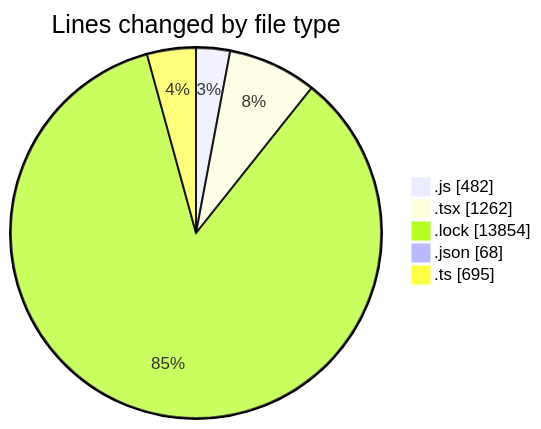
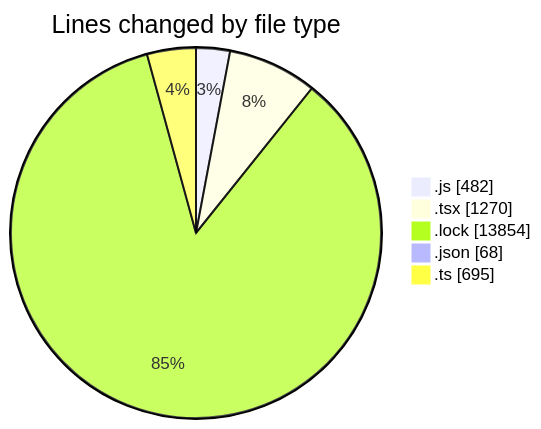
The first of 2 diagrams in 2026-06-16/cda/README.md (momahboobian/code-tracking), drawn with Mermaid before and after one commit. The commit also changed other lines of this file and 1 other file, not shown here.

````diff
--- a/2026-06-16/cda/README.md
+++ b/2026-06-16/cda/README.md
@@ -33,9 +33,9 @@
 ```mermaid
 pie showData
 title Lines changed by file type
 ".js" : 482
-".tsx" : 1262
+".tsx" : 1270
 ".lock" : 13854
 ".json" : 68
 ".ts" : 695
 ```
````
